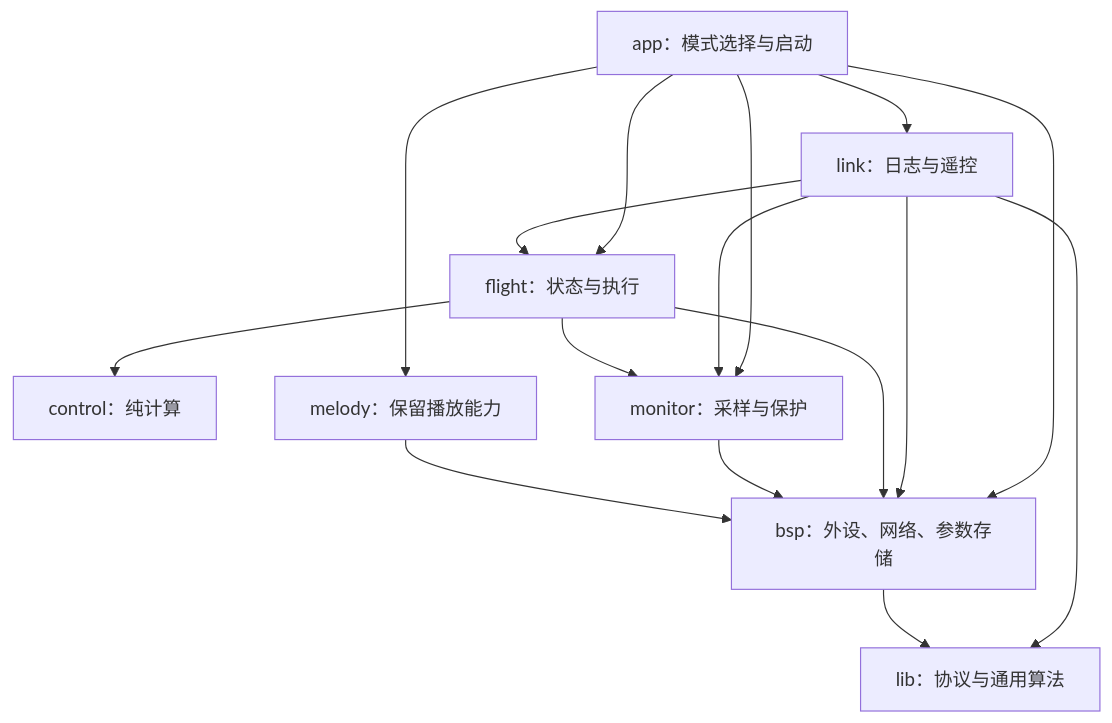
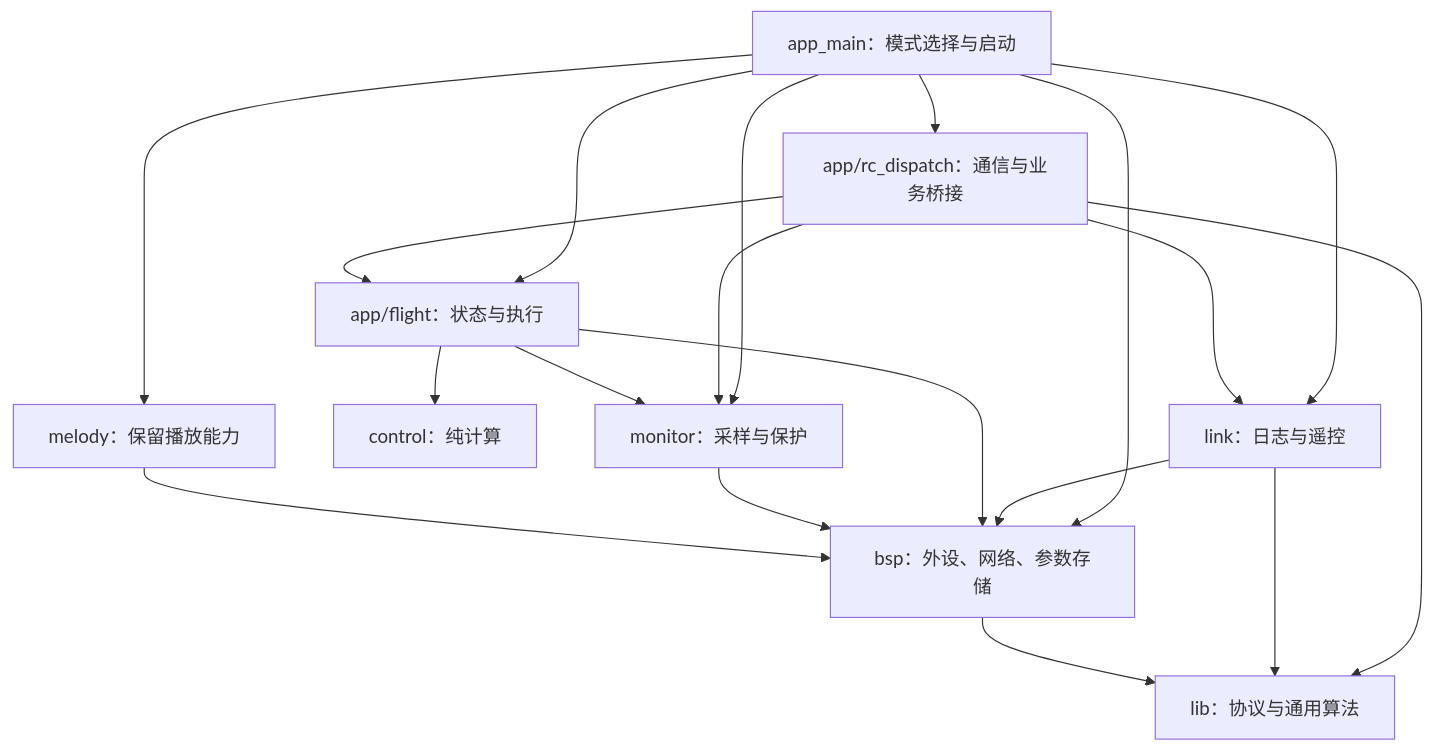
Before and after one commit to 4ImL3sSb0T/BFCopilot: the first of 6 diagrams in docs/service-open-loop-plan.md, drawn with Mermaid. The commit also changed other lines of this file and 1 other file, not shown here.

````diff
--- a/docs/service-open-loop-plan.md
+++ b/docs/service-open-loop-plan.md
@@ -50,27 +51,31 @@
 ```mermaid
 flowchart TB
-    app["app：模式选择与启动"]
+    app["app_main：模式选择与启动"]
+    dispatch["app/rc_dispatch：通信与业务桥接"]
     link["link：日志与遥控"]
-    flight["flight：状态与执行"]
+    flight["app/flight：状态与执行"]
     control["control：纯计算"]
     monitor["monitor：采样与保护"]
     melody["melody：保留播放能力"]
     bsp["bsp：外设、网络、参数存储"]
     lib["lib：协议与通用算法"]
 
     app --> link
     app --> flight
     app --> monitor
     app --> melody
     app --> bsp
-    link --> flight
-    link --> monitor
+    app --> dispatch
+    dispatch --> link
+    dispatch --> flight
+    dispatch --> monitor
+    dispatch --> lib
     link --> bsp
     link --> lib
     flight --> control
     flight --> monitor
     flight --> bsp
     monitor --> bsp
     melody --> bsp
     bsp --> lib
 ```
````
